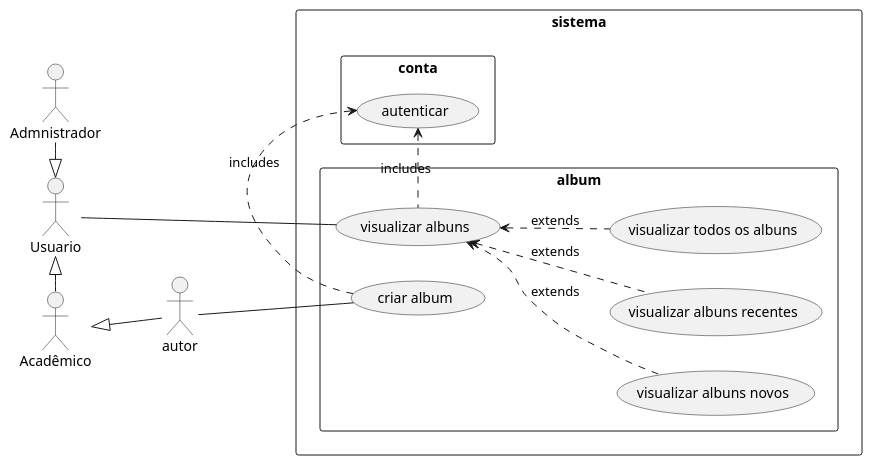
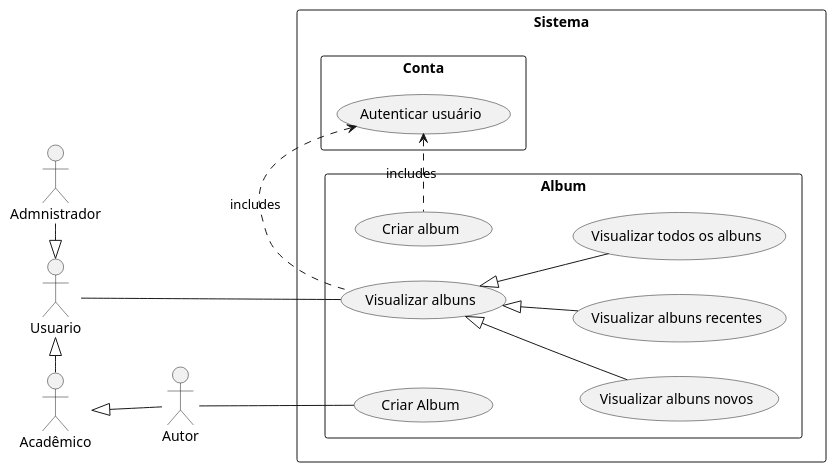
Before and after one commit to arielazzi/desenvolvimento-de-software-I: the diagram in use-case/diagrams/album.iuml, drawn with PlantUML. The commit also changed 5 other files, not shown here.

```diff
--- a/use-case/diagrams/album.iuml
+++ b/use-case/diagrams/album.iuml
@@ -1,30 +1,30 @@
 @startuml album
 
 left to right direction
 
-:Usuario: as usuario
-:Acadêmico: as academico
+:Usuario: as Usuario
+:Acadêmico: as Academico
 :Admnistrador: as admnistrador
 
-academico <|-- autor
-usuario <|- academico
-usuario <|-left- admnistrador
+Academico <|-- Autor
+Usuario <|- Academico
+Usuario <|-left- admnistrador
 
-rectangle sistema {
-    rectangle conta {
-        (autenticar)
+rectangle Sistema {
+    rectangle Conta {
+        (Autenticar usuário)
     }
-    rectangle album {
-        autor -- (criar album)
-        usuario -- (visualizar albuns)
+    rectangle Album {
+        Autor -- (Criar Album)
+        Usuario -- (Visualizar albuns)
 
-        (autenticar) <. (criar album) : includes
-        (autenticar) <. (visualizar albuns) : includes
+        (Autenticar usuário) <. (Criar album) : includes
+        (Autenticar usuário) <. (Visualizar albuns) : includes
 
-        (visualizar albuns) <.. (visualizar albuns novos) : extends
-        (visualizar albuns) <.. (visualizar albuns recentes) : extends
-        (visualizar albuns) <.. (visualizar todos os albuns) : extends
+        (Visualizar albuns) <|-- (Visualizar albuns novos) 
+        (Visualizar albuns) <|-- (Visualizar albuns recentes) 
+        (Visualizar albuns) <|-- (Visualizar todos os albuns) 
     }
 }
 
 @enduml
```
